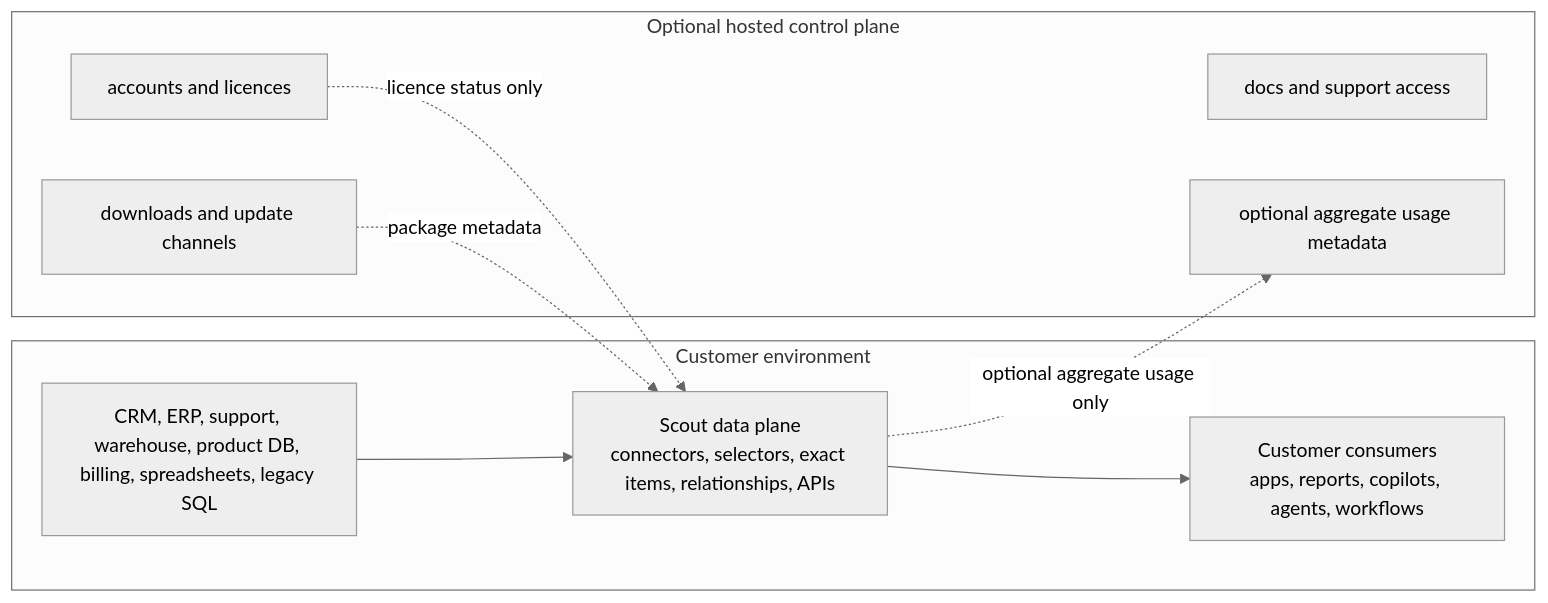
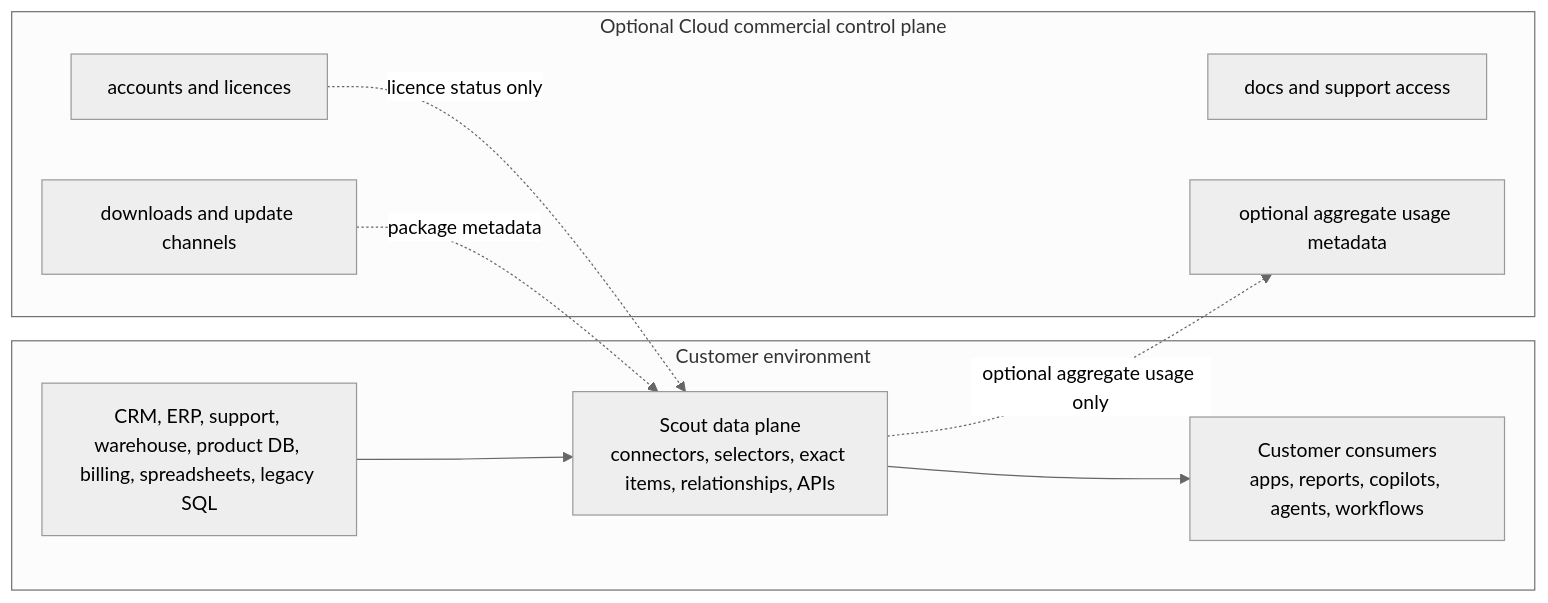
The diagram in docs/control-plane-data-plane.md (PaulJMaddison/scout), drawn with Mermaid (neutral theme) before and after one commit. The commit also changed other lines of this file and 4 other files, not shown here.

Commit message:
docs: align Scout Cloud commercial control

````diff
--- a/docs/control-plane-data-plane.md
+++ b/docs/control-plane-data-plane.md
@@ -55,21 +65,21 @@
 ```mermaid
 flowchart LR
     subgraph Customer["Customer environment"]
         Sources["CRM, ERP, support, warehouse, product DB, billing, spreadsheets, legacy SQL"]
         DataPlane["Scout data plane\nconnectors, selectors, exact items, relationships, APIs"]
         Consumers["Customer consumers\napps, reports, copilots, agents, workflows"]
         Sources --> DataPlane
         DataPlane --> Consumers
     end
 
-    subgraph Hosted["Optional hosted control plane"]
+    subgraph Hosted["Optional Cloud commercial control plane"]
         Account["accounts and licences"]
         Downloads["downloads and update channels"]
         Support["docs and support access"]
         Usage["optional aggregate usage metadata"]
     end
 
     Account -. licence status only .-> DataPlane
     Downloads -. package metadata .-> DataPlane
     DataPlane -. optional aggregate usage only .-> Usage
 ```
````
